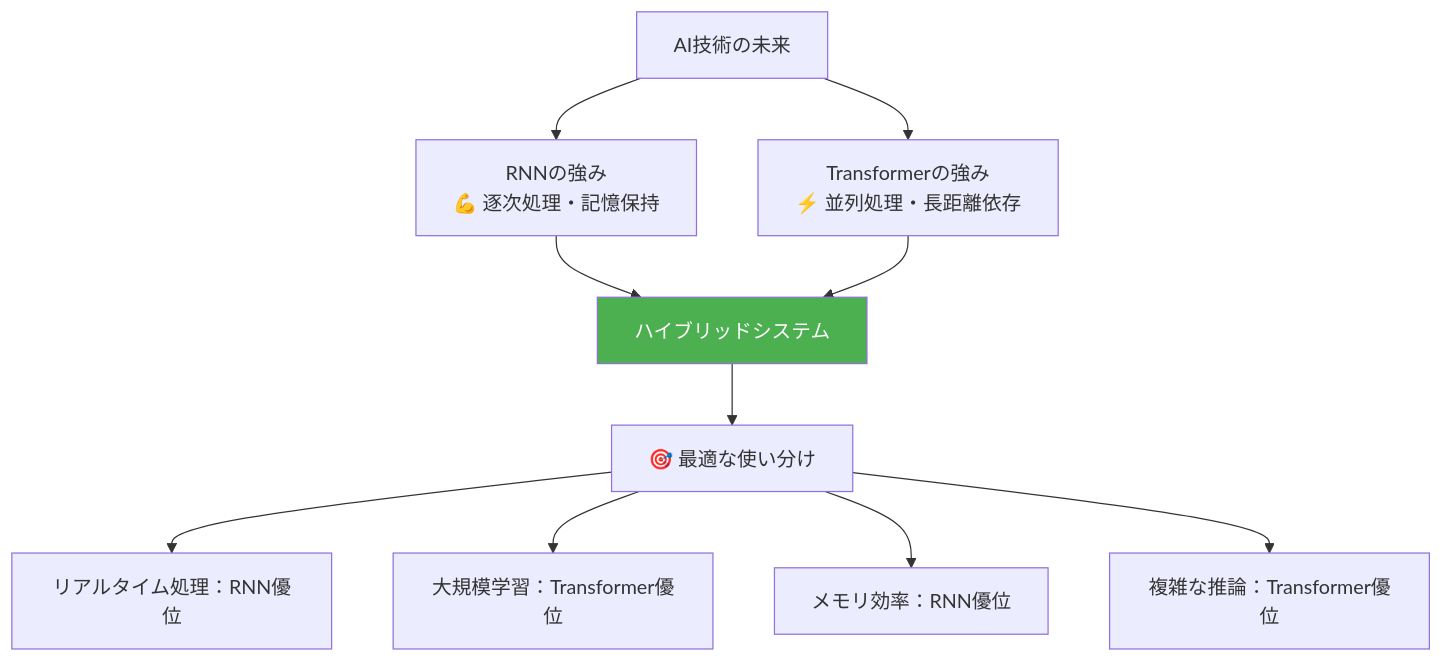
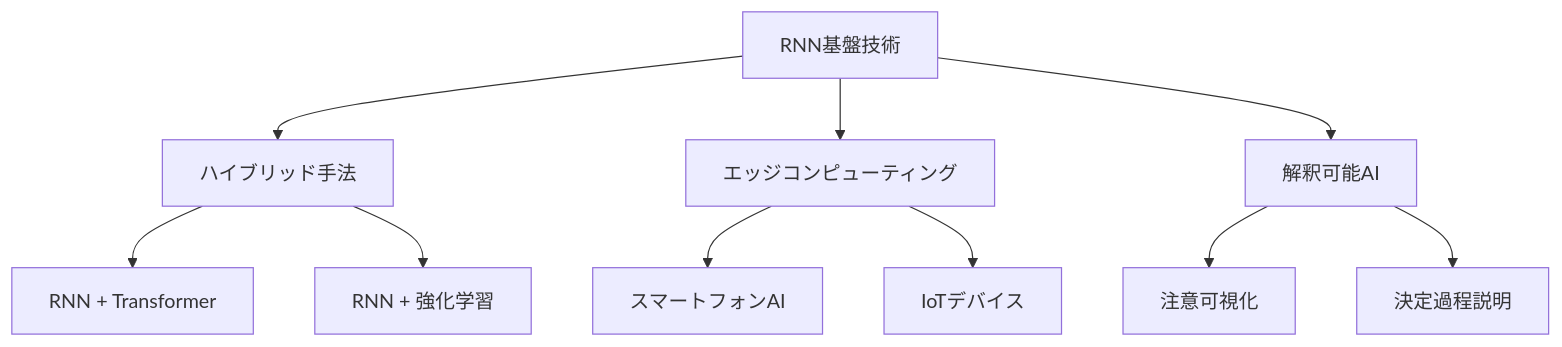
One commit to SparklingDetergent/doc_genai_mental_model changed diagram 13 of 13 in AI/DeepLearning/RecurrentNeuralNetwork/README.MD. Above: the diagram before and after it, drawn with Mermaid. The commit also changed other lines of this file, not shown here.

````diff
--- a/AI/DeepLearning/RecurrentNeuralNetwork/README.MD
+++ b/AI/DeepLearning/RecurrentNeuralNetwork/README.MD
@@ -521,16 +427,15 @@
 ```mermaid
 graph TD
-    A[AI技術の未来] --> B[RNNの強み<br/>💪 逐次処理・記憶保持]
-    A --> C[Transformerの強み<br/>⚡ 並列処理・長距離依存]
+    A[RNN基盤技術] --> B[ハイブリッド手法]
+    A --> C[エッジコンピューティング]
+    A --> D[解釈可能AI]
     
-    B --> D[ハイブリッドシステム]
-    C --> D
+    B --> B1[RNN + Transformer]
+    B --> B2[RNN + 強化学習]
     
-    D --> E[🎯 最適な使い分け]
-    E --> F[リアルタイム処理：RNN優位]
-    E --> G[大規模学習：Transformer優位]
-    E --> H[メモリ効率：RNN優位]
-    E --> I[複雑な推論：Transformer優位]
+    C --> C1[スマートフォンAI]
+    C --> C2[IoTデバイス]
     
-    style D fill:#4caf50,color:#fff
+    D --> D1[注意可視化]
+    D --> D2[決定過程説明]
 ```
````
